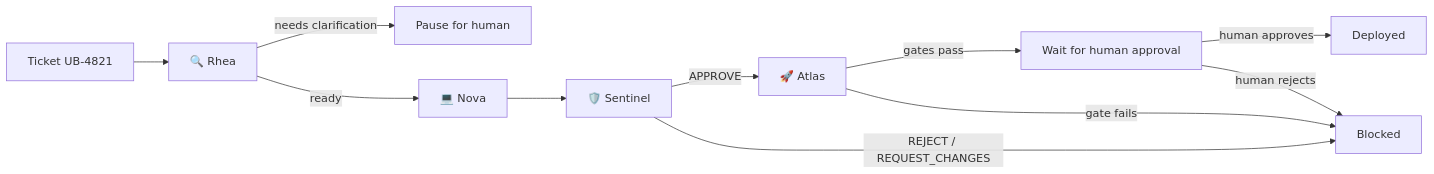
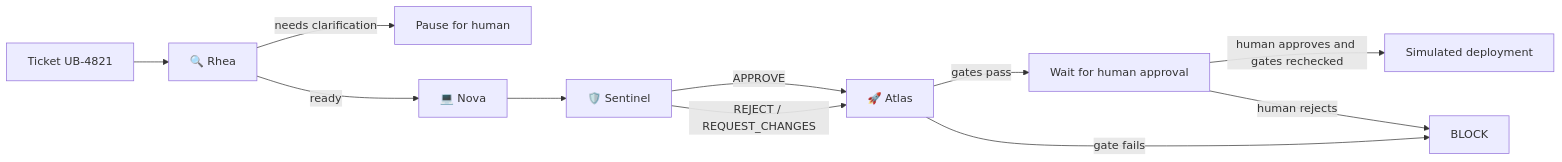
One commit to harshvishu/enterprise-copilot changed the second of 5 diagrams in docs/architecture.md. Above: the diagram before and after it, drawn with Mermaid. The commit also changed other lines of this file and 39 other files, not shown here.

````diff
--- a/docs/architecture.md
+++ b/docs/architecture.md
@@ -40,19 +44,19 @@
 ```mermaid
 flowchart LR
 
     T[Ticket UB-4821] --> R[🔍 Rhea]
 
     R -->|needs clarification| PAUSE[Pause for human]
     R -->|ready| N[💻 Nova]
 
     N --> S[🛡️ Sentinel]
 
     S -->|APPROVE| A[🚀 Atlas]
-    S -->|REJECT / REQUEST_CHANGES| BLOCK[Blocked]
+    S -->|REJECT / REQUEST_CHANGES| A
 
     A -->|gates pass| WAIT[Wait for human approval]
     A -->|gate fails| BLOCK
 
-    WAIT -->|human approves| DEPLOY[Deployed]
+    WAIT -->|human approves and gates rechecked| DEPLOY[Simulated deployment]
     WAIT -->|human rejects| BLOCK
 ```
````
